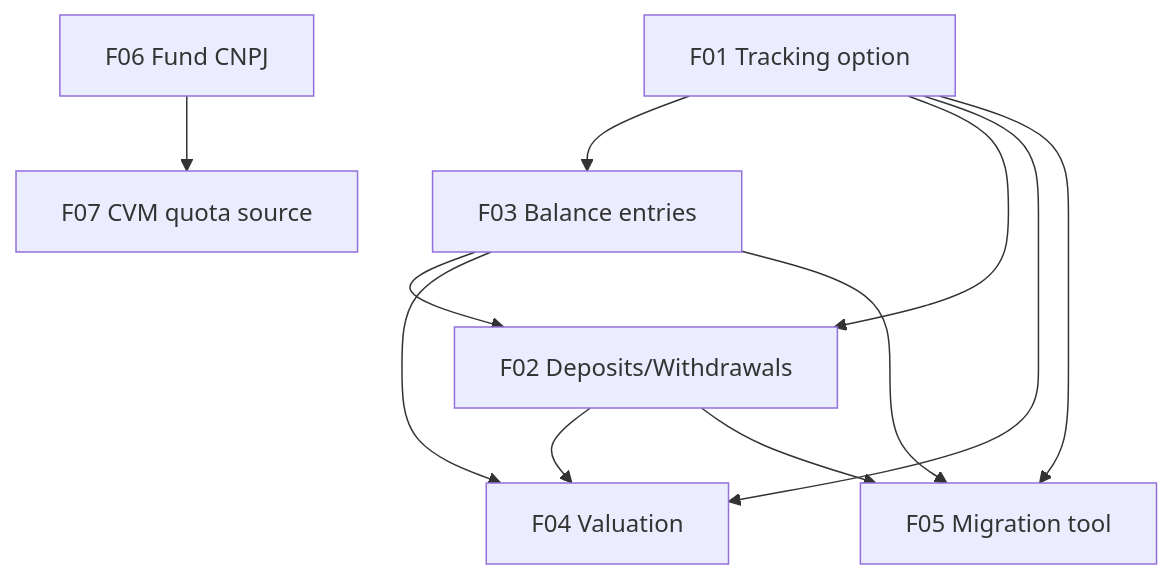
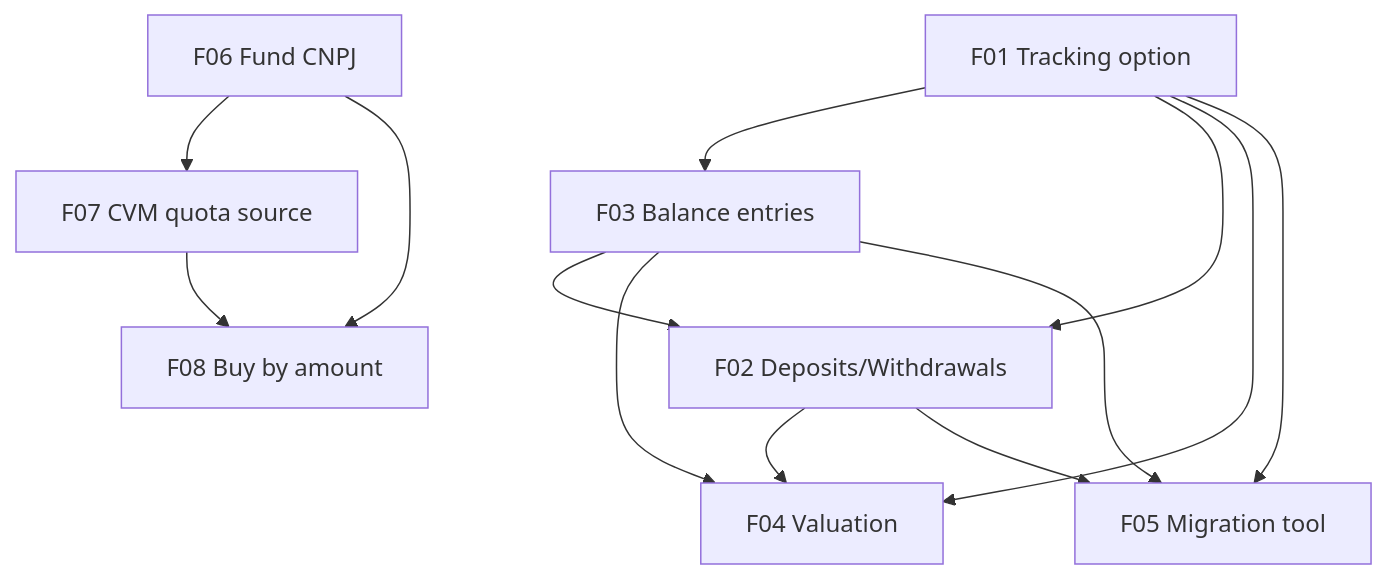
Before and after one commit to ggibellato/Financial: the diagram in docs/prd/P69-prd-investments-without-quantity/prd-investments-without-quantity.md, drawn with Mermaid. The commit also changed other lines of this file, not shown here.

````diff
--- a/docs/prd/P69-prd-investments-without-quantity/prd-investments-without-quantity.md
+++ b/docs/prd/P69-prd-investments-without-quantity/prd-investments-without-quantity.md
@@ -368,13 +412,15 @@
 ```mermaid
 graph TD
   F01[F01 Tracking option] --> F03[F03 Balance entries]
   F01 --> F02[F02 Deposits/Withdrawals]
   F03 --> F02
   F01 --> F04[F04 Valuation]
   F02 --> F04
   F03 --> F04
   F01 --> F05[F05 Migration tool]
   F02 --> F05
   F03 --> F05
   F06[F06 Fund CNPJ] --> F07[F07 CVM quota source]
+  F06 --> F08[F08 Buy by amount]
+  F07 --> F08
 ```
````
